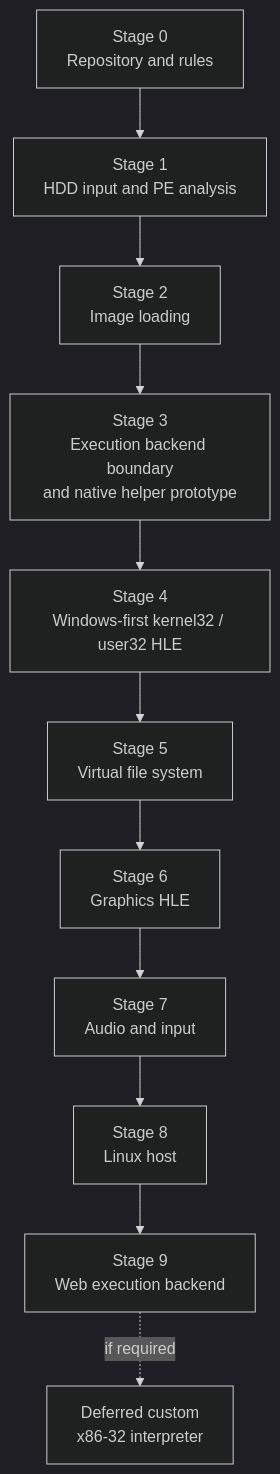
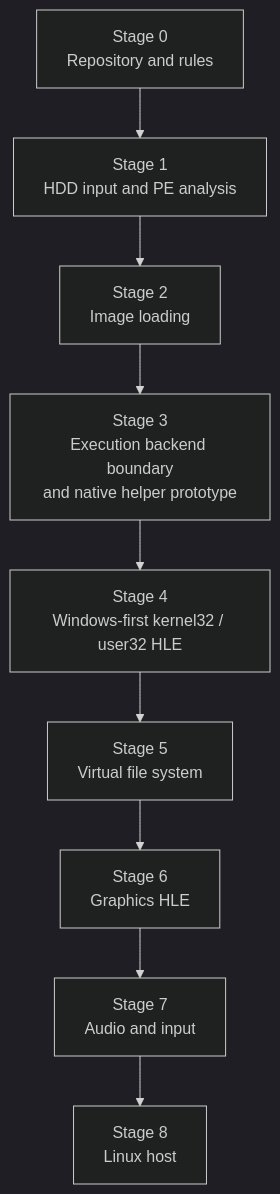
The diagram in docs/WIN32_HLE_PORTING_PLAN.md (nworkers/re2DJ), drawn with Mermaid (dark theme) before and after one commit. The commit also changed other lines of this file and 173 other files, not shown here.

````diff
--- a/docs/WIN32_HLE_PORTING_PLAN.md
+++ b/docs/WIN32_HLE_PORTING_PLAN.md
@@ -11,13 +17,11 @@
 ```mermaid
 flowchart TD
     S0["Stage 0<br/>Repository and rules"] --> S1["Stage 1<br/>HDD input and PE analysis"]
     S1 --> S2["Stage 2<br/>Image loading"]
     S2 --> S3["Stage 3<br/>Execution backend boundary<br/>and native helper prototype"]
 S3 --> S4["Stage 4<br/>Windows-first kernel32 / user32 HLE"]
     S4 --> S5["Stage 5<br/>Virtual file system"]
     S5 --> S6["Stage 6<br/>Graphics HLE"]
     S6 --> S7["Stage 7<br/>Audio and input"]
     S7 --> S8["Stage 8<br/>Linux host"]
-    S8 --> S9["Stage 9<br/>Web execution backend"]
-    S9 -.if required.-> I["Deferred custom<br/>x86-32 interpreter"]
 ```
````
